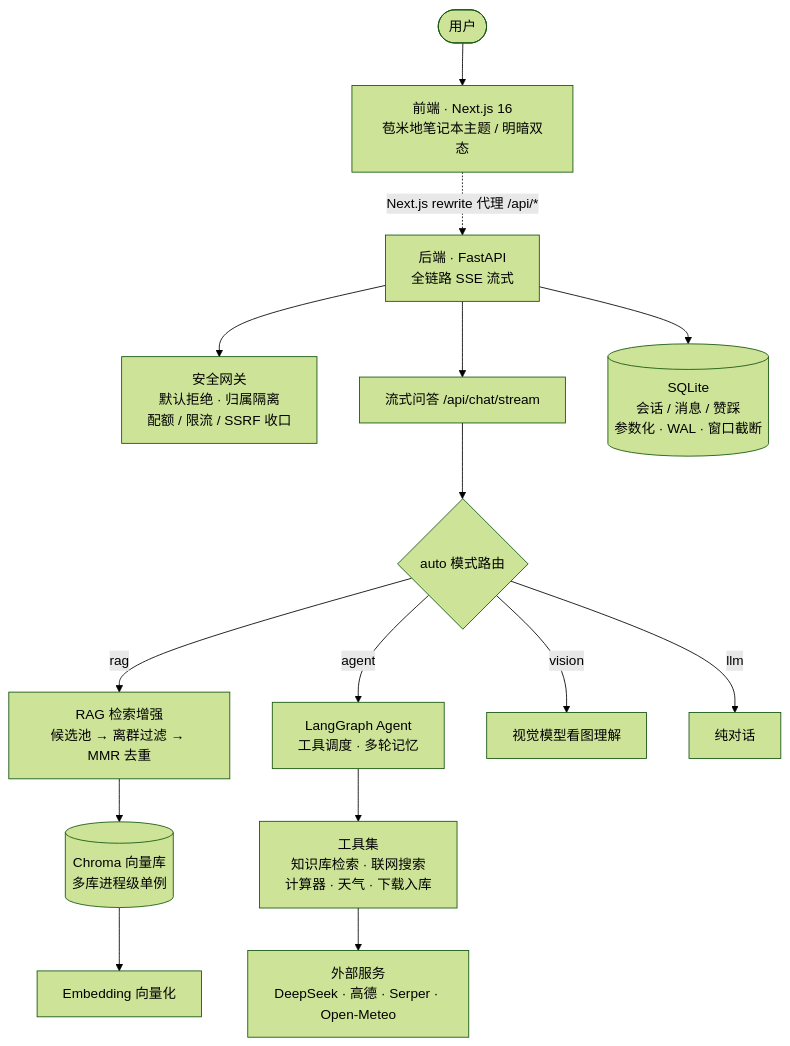
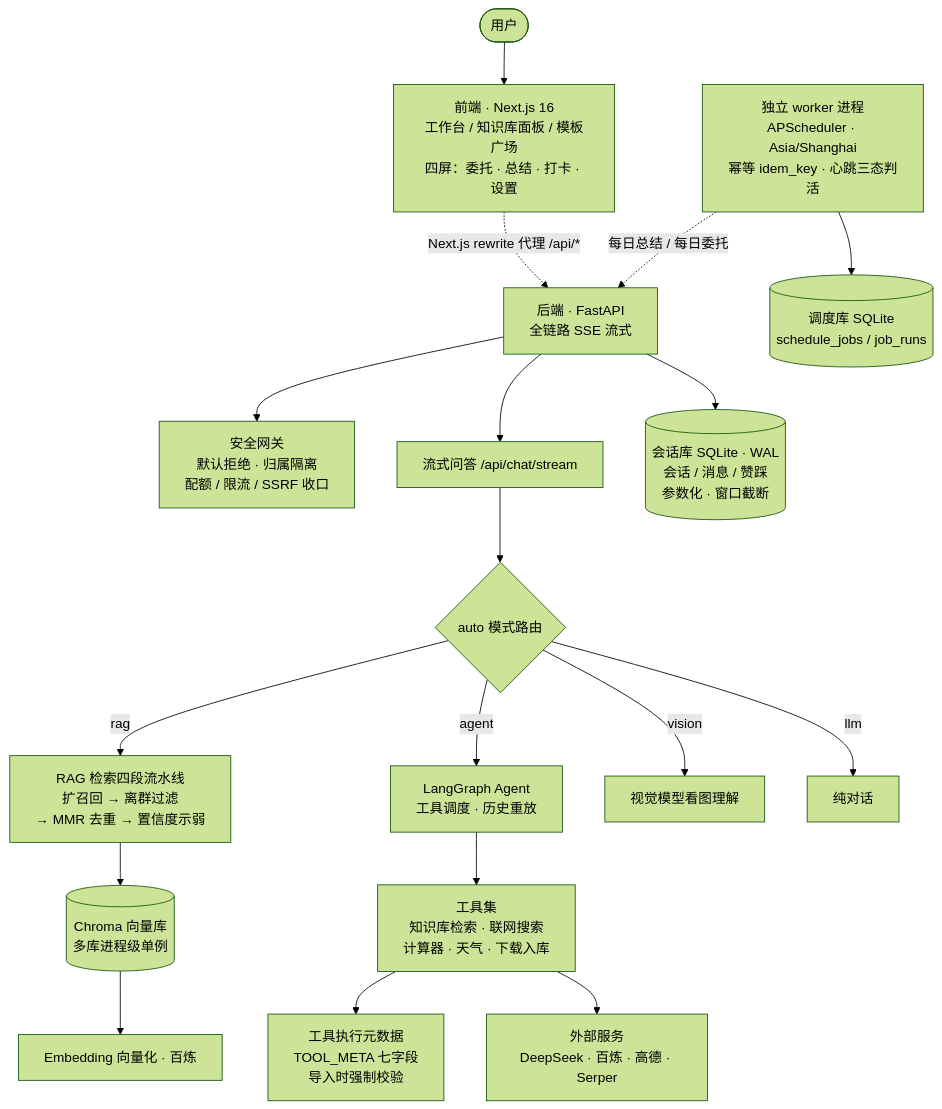
The diagram in README.md (baomi888/agent-hub), drawn with Mermaid (forest theme) before and after one commit. The commit also changed other lines of this file and 4 other files, not shown here.

````diff
--- a/README.md
+++ b/README.md
@@ -110,21 +141,24 @@
 ```mermaid
 flowchart TB
-    U([用户]) --> FE[前端 · Next.js 16<br/>苞米地笔记本主题 / 明暗双态]
+    U([用户]) --> FE[前端 · Next.js 16<br/>工作台 / 知识库面板 / 模板广场<br/>四屏：委托 · 总结 · 打卡 · 设置]
     FE -. "Next.js rewrite 代理 /api/*" .-> BE[后端 · FastAPI<br/>全链路 SSE 流式]
 
     BE --> GW[安全网关<br/>默认拒绝 · 归属隔离<br/>配额 / 限流 / SSRF 收口]
     BE --> CHAT[流式问答 /api/chat/stream]
 
     CHAT --> ROUTE{auto 模式路由}
-    ROUTE -->|rag| RAG[RAG 检索增强<br/>候选池 → 离群过滤 → MMR 去重]
-    ROUTE -->|agent| AGENT[LangGraph Agent<br/>工具调度 · 多轮记忆]
+    ROUTE -->|rag| RAG[RAG 检索四段流水线<br/>扩召回 → 离群过滤<br/>→ MMR 去重 → 置信度示弱]
+    ROUTE -->|agent| AGENT[LangGraph Agent<br/>工具调度 · 历史重放]
     ROUTE -->|vision| VISION[视觉模型看图理解]
     ROUTE -->|llm| LLM[纯对话]
 
     RAG --> VS[("Chroma 向量库<br/>多库进程级单例")]
     AGENT --> TOOLS[工具集<br/>知识库检索 · 联网搜索<br/>计算器 · 天气 · 下载入库]
-    TOOLS --> EXT[外部服务<br/>DeepSeek · 高德 · Serper · Open-Meteo]
-    VS --> EMB[Embedding 向量化]
+    TOOLS --> TR[工具执行元数据<br/>TOOL_META 七字段<br/>导入时强制校验]
+    TOOLS --> EXT[外部服务<br/>DeepSeek · 百炼 · 高德 · Serper]
+    VS --> EMB[Embedding 向量化 · 百炼]
 
-    BE --> STORE[("SQLite<br/>会话 / 消息 / 赞踩<br/>参数化 · WAL · 窗口截断")]
+    BE --> STORE[("会话库 SQLite · WAL<br/>会话 / 消息 / 赞踩<br/>参数化 · 窗口截断")]
+    WK[独立 worker 进程<br/>APScheduler · Asia/Shanghai<br/>幂等 idem_key · 心跳三态判活] --> SDB[("调度库 SQLite<br/>schedule_jobs / job_runs")]
+    WK -.->|"每日总结 / 每日委托"| BE
 ```
````
